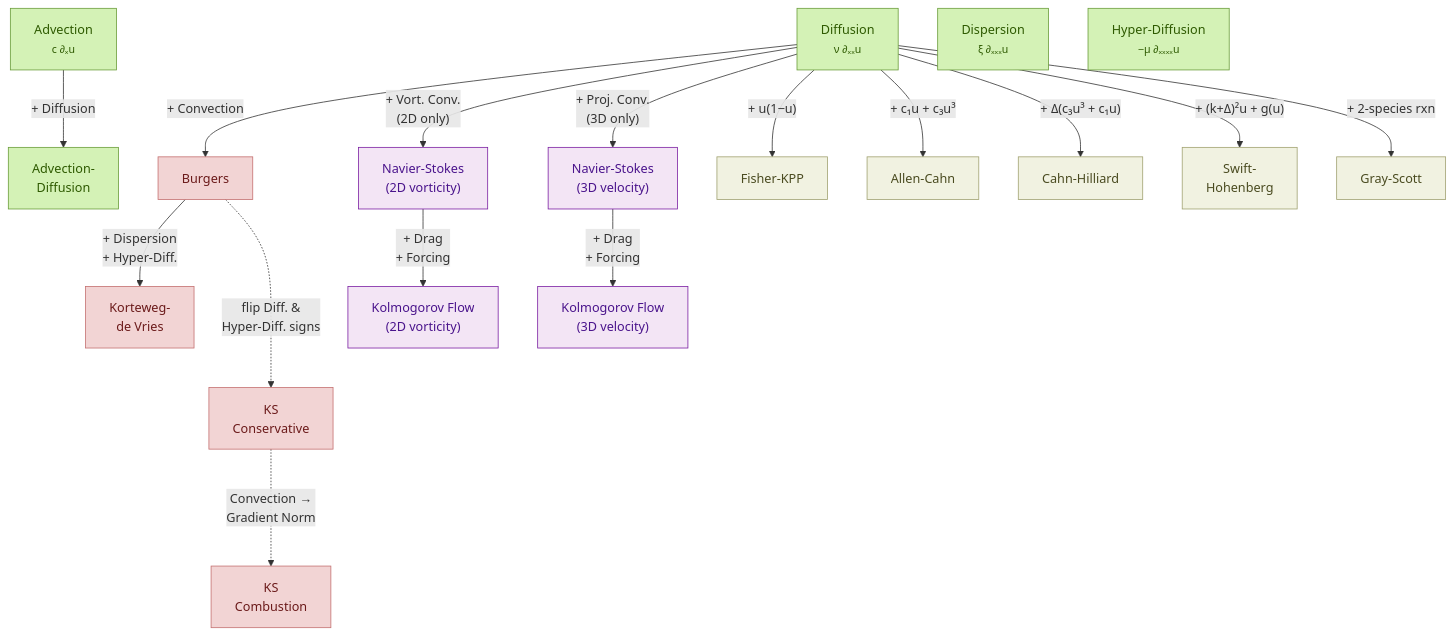
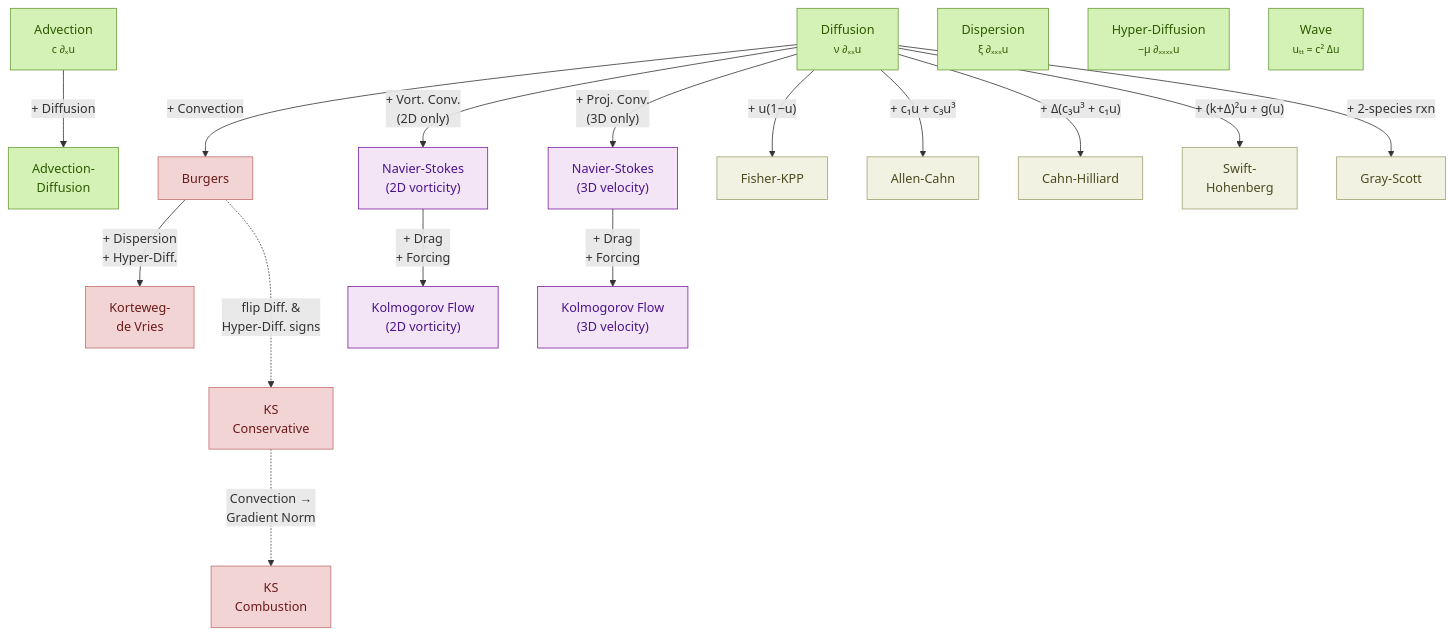
Before and after one commit to Ceyron/exponax: the first of 2 diagrams in docs/api/stepper/overview.md, drawn with Mermaid. The commit also changed other lines of this file and 12 other files, not shown here.

````diff
--- a/docs/api/stepper/overview.md
+++ b/docs/api/stepper/overview.md
@@ -38,39 +38,40 @@
 ```mermaid
 graph TD
     Adv["Advection<br/><small>c ∂ₓu</small>"]
     Diff["Diffusion<br/><small>ν ∂ₓₓu</small>"]
     Disp["Dispersion<br/><small>ξ ∂ₓₓₓu</small>"]
     Hyp["Hyper-Diffusion<br/><small>−μ ∂ₓₓₓₓu</small>"]
+    Wav["Wave<br/><small>uₜₜ = c² Δu</small>"]
 
     Adv -->|"+ Diffusion"| AD["Advection-<br/>Diffusion"]
 
     Diff -->|"+ Convection"| B["Burgers"]
     B -->|"+ Dispersion<br/>+ Hyper-Diff."| KdV["Korteweg-<br/>de Vries"]
 
     KSC["KS<br/>Conservative"]
     KS["KS<br/>Combustion"]
     B -..->|"flip Diff. &<br/>Hyper-Diff. signs"| KSC
     KSC -..->|"Convection →<br/>Gradient Norm"| KS
 
     Diff -->|"+ Vort. Conv.<br/>(2D only)"| NS2["Navier-Stokes<br/>(2D vorticity)"]
     NS2 -->|"+ Drag<br/>+ Forcing"| KF2["Kolmogorov Flow<br/>(2D vorticity)"]
 
     Diff -->|"+ Proj. Conv.<br/>(3D only)"| NS3["Navier-Stokes<br/>(3D velocity)"]
     NS3 -->|"+ Drag<br/>+ Forcing"| KF3["Kolmogorov Flow<br/>(3D velocity)"]
 
     Diff -->|"+ u(1−u)"| Fisher["Fisher-KPP"]
     Diff -->|"+ c₁u + c₃u³"| AC["Allen-Cahn"]
     Diff -->|"+ Δ(c₃u³ + c₁u)"| CH["Cahn-Hilliard"]
     Diff -->|"+ (k+Δ)²u + g(u)"| SH["Swift-<br/>Hohenberg"]
     Diff -->|"+ 2-species rxn"| GS["Gray-Scott"]
 
     classDef linear fill:#D4F2B6,stroke:#6a9c3a,color:#2e5a00
     classDef nonlinear fill:#F2D4D4,stroke:#c47070,color:#6b1a1a
     classDef reaction fill:#F1F2E1,stroke:#a0a170,color:#4a4b20
     classDef vorticity fill:#f3e5f5,stroke:#7b1fa2,color:#4a148c
 
-    class Adv,Diff,Disp,Hyp,AD linear
+    class Adv,Diff,Disp,Hyp,AD,Wav linear
     class B,KdV,KSC,KS nonlinear
     class NS2,KF2,NS3,KF3 vorticity
     class Fisher,AC,CH,SH,GS reaction
 ```
````
